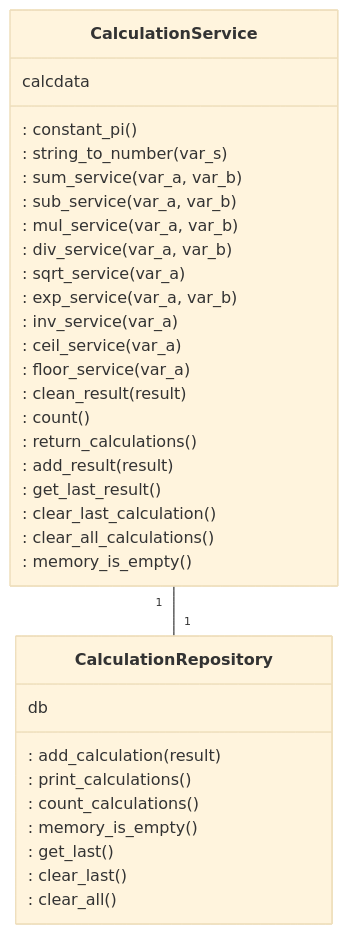
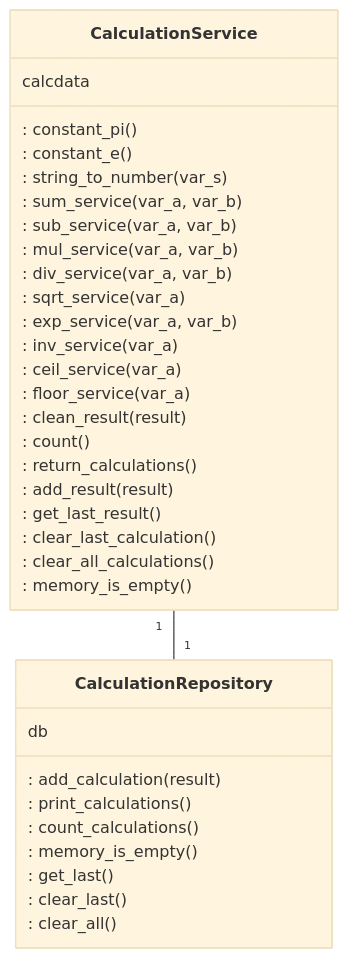
One commit to n0spoon/ot-harjoitustyo changed the first of 2 diagrams in dokumentaatio/arkkitehtuuri.md. Above: the diagram before and after it, drawn with Mermaid (base theme).

````diff
--- a/dokumentaatio/arkkitehtuuri.md
+++ b/dokumentaatio/arkkitehtuuri.md
@@ -13,36 +13,37 @@
 ```mermaid
  classDiagram
      CalculationService "1" -- "1" CalculationRepository
      class CalculationService{
          calcdata
      : constant_pi()
+     : constant_e()
      : string_to_number(var_s)
      : sum_service(var_a, var_b)
      : sub_service(var_a, var_b)
      : mul_service(var_a, var_b)
      : div_service(var_a, var_b)
      : sqrt_service(var_a)
      : exp_service(var_a, var_b)
      : inv_service(var_a)
      : ceil_service(var_a)
      : floor_service(var_a)
      : clean_result(result)
      : count()
      : return_calculations()
      : add_result(result)
      : get_last_result()
      : clear_last_calculation()
      : clear_all_calculations()
      : memory_is_empty()
      }
      class CalculationRepository{
          db
      : add_calculation(result)
      : print_calculations()
      : count_calculations()
      : memory_is_empty()
      : get_last()
      : clear_last()
      : clear_all()
      }
 ```
````
